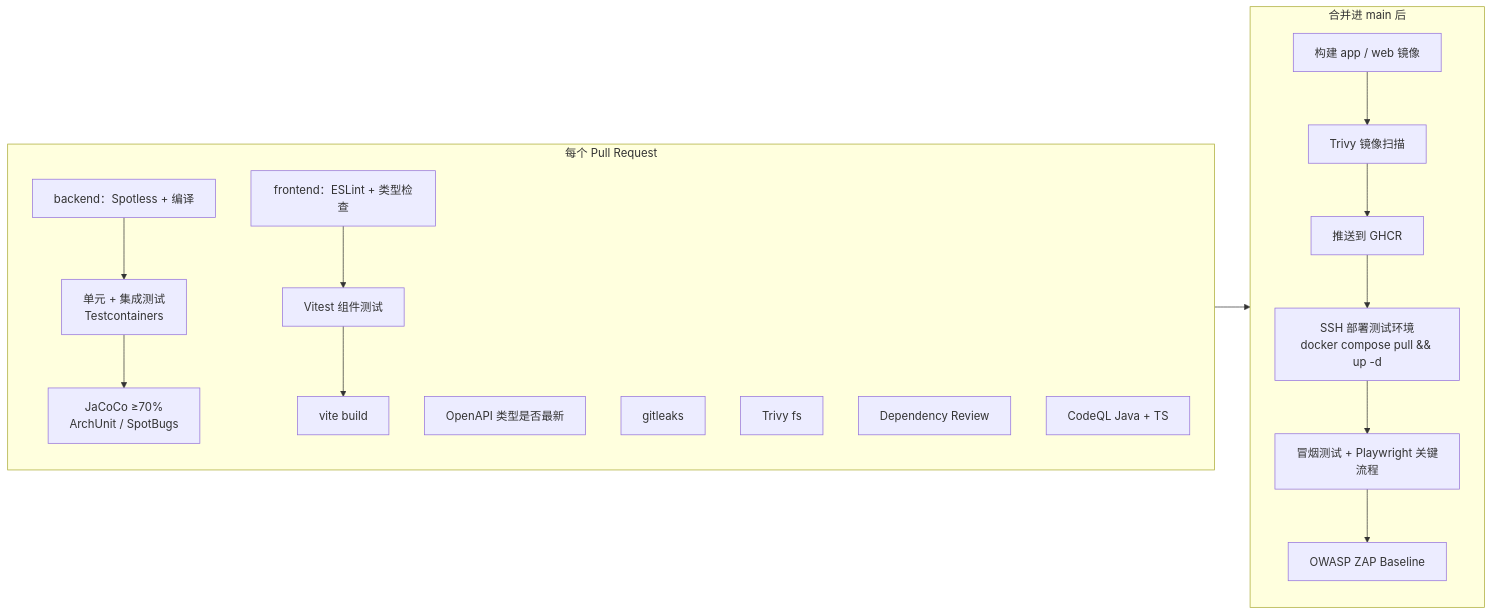
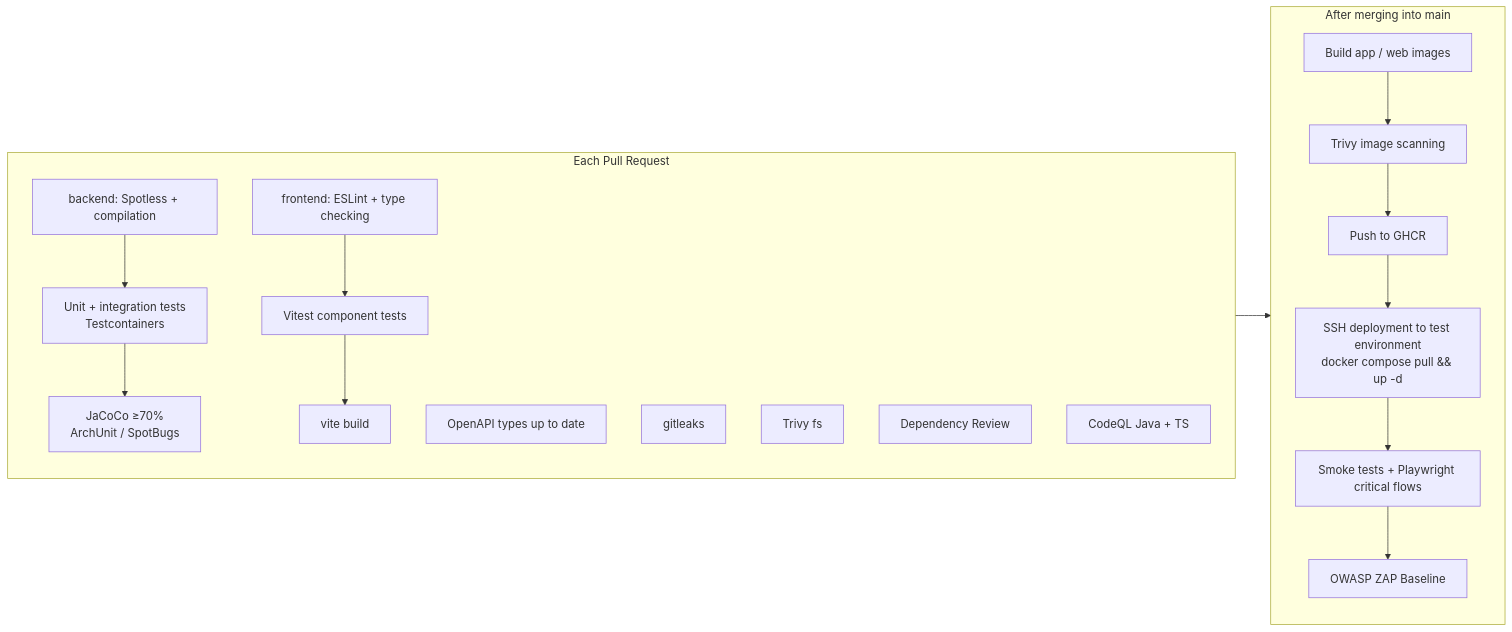
One commit to YukiOvOb/AGFP changed the second of 2 diagrams in docs/tech-stack.md. Above: the diagram before and after it, drawn with Mermaid. The commit also changed other lines of this file and 50 other files, not shown here.

````diff
--- a/docs/tech-stack.md
+++ b/docs/tech-stack.md
@@ -240,19 +240,19 @@
 ```mermaid
 flowchart LR
-  subgraph PR[每个 Pull Request]
-    B[backend：Spotless + 编译] --> T[单元 + 集成测试<br/>Testcontainers] --> C[JaCoCo ≥70%<br/>ArchUnit / SpotBugs]
-    F[frontend：ESLint + 类型检查] --> FT[Vitest 组件测试] --> FB[vite build]
-    O[OpenAPI 类型是否最新]
+  subgraph PR[Each Pull Request]
+    B[backend: Spotless + compilation] --> T[Unit + integration tests<br/>Testcontainers] --> C[JaCoCo ≥70%<br/>ArchUnit / SpotBugs]
+    F[frontend: ESLint + type checking] --> FT[Vitest component tests] --> FB[vite build]
+    O[OpenAPI types up to date]
     G[gitleaks]
     V[Trivy fs]
     R[Dependency Review]
     Q[CodeQL Java + TS]
   end
-  subgraph MAIN[合并进 main 后]
-    I[构建 app / web 镜像] --> TI[Trivy 镜像扫描] --> H[推送到 GHCR]
-    H --> D[SSH 部署测试环境<br/>docker compose pull && up -d]
-    D --> E[冒烟测试 + Playwright 关键流程]
+  subgraph MAIN[After merging into main]
+    I[Build app / web images] --> TI[Trivy image scanning] --> H[Push to GHCR]
+    H --> D[SSH deployment to test environment<br/>docker compose pull && up -d]
+    D --> E[Smoke tests + Playwright critical flows]
     E --> Z[OWASP ZAP Baseline]
   end
   PR --> MAIN
 ```
````
